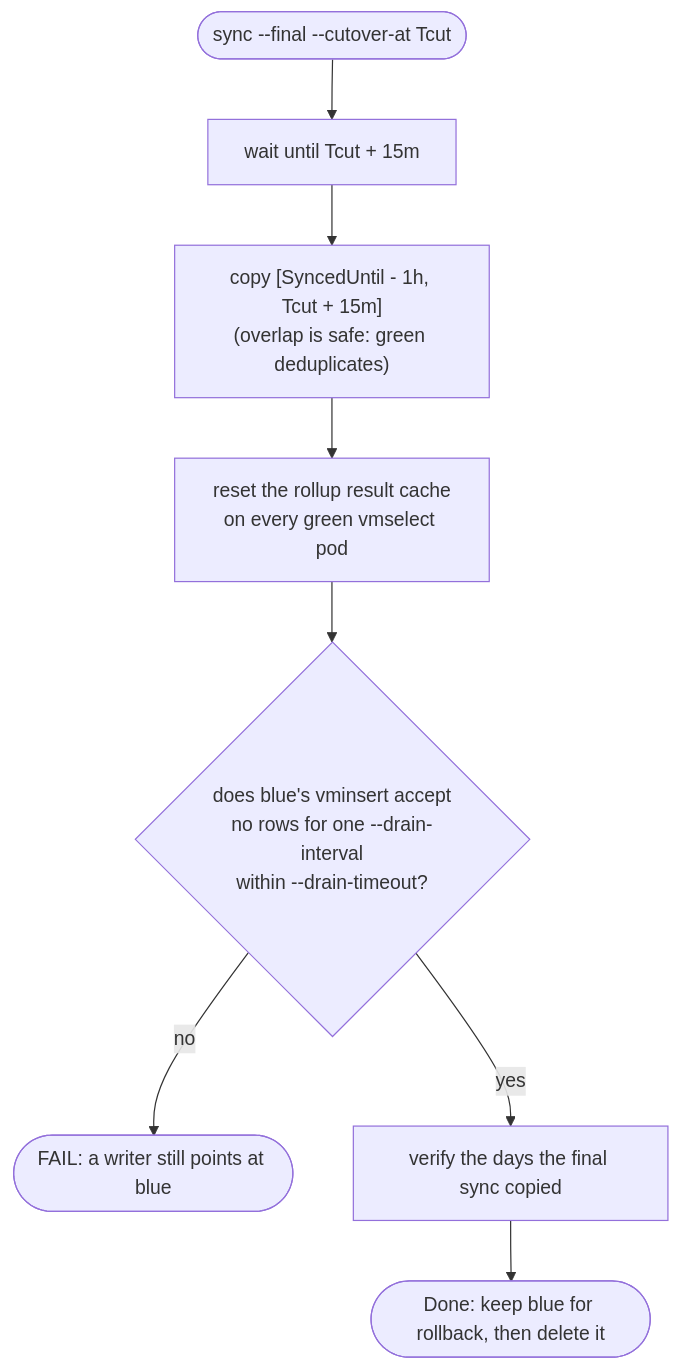
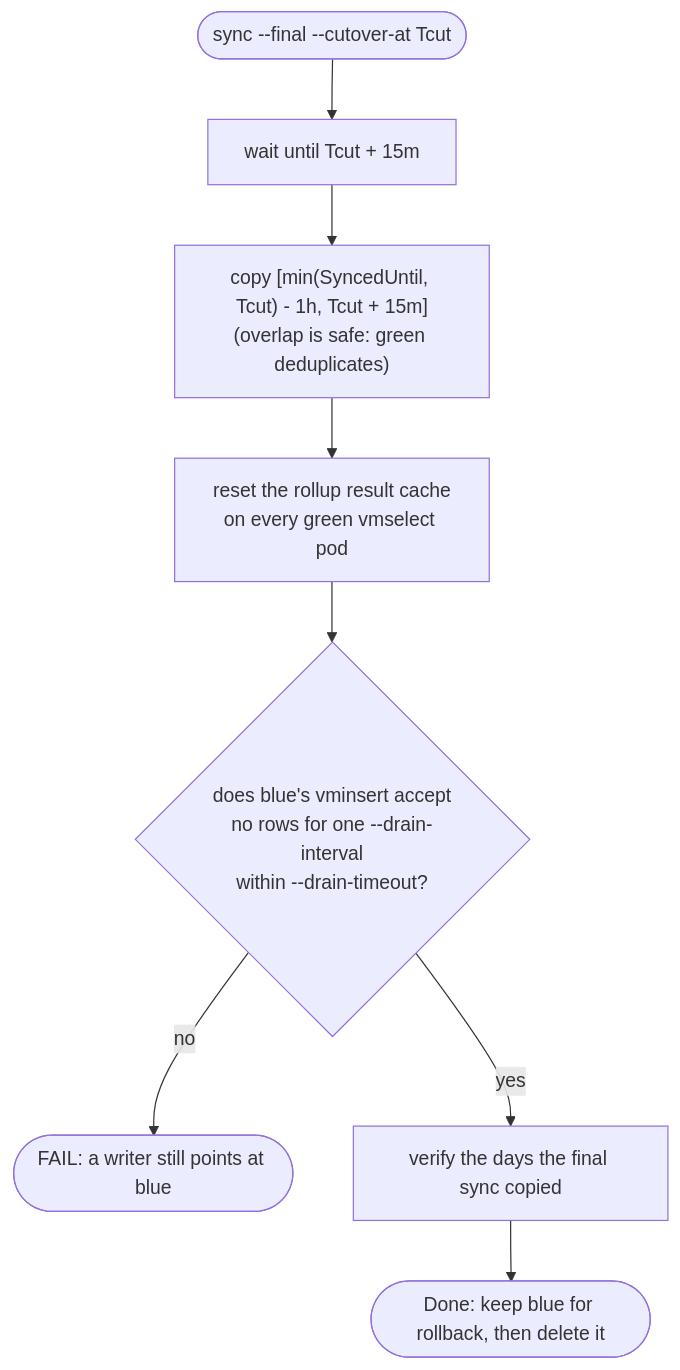
The fourth of 5 diagrams in docs/architecture.md (kokuwaio/victoriametrics-rebalance), drawn with Mermaid before and after one commit. The commit also changed other lines of this file and 14 other files, not shown here.

````diff
--- a/docs/architecture.md
+++ b/docs/architecture.md
@@ -170,10 +175,10 @@
 ```mermaid
 flowchart TD
     start(["sync --final --cutover-at Tcut"]) --> wait["wait until Tcut + 15m"]
-    wait --> copy["copy [SyncedUntil - 1h, Tcut + 15m]<br/>(overlap is safe: green deduplicates)"]
+    wait --> copy["copy [min(SyncedUntil, Tcut) - 1h, Tcut + 15m]<br/>(overlap is safe: green deduplicates)"]
     copy --> reset["reset the rollup result cache<br/>on every green vmselect pod"]
     reset --> drain{"does blue's vminsert accept<br/>no rows for one --drain-interval<br/>within --drain-timeout?"}
     drain -- "no" --> fail(["FAIL: a writer still points at blue"])
     drain -- "yes" --> verify["verify the days the final sync copied"]
     verify --> ok(["Done: keep blue for rollback, then delete it"])
 ```
````
